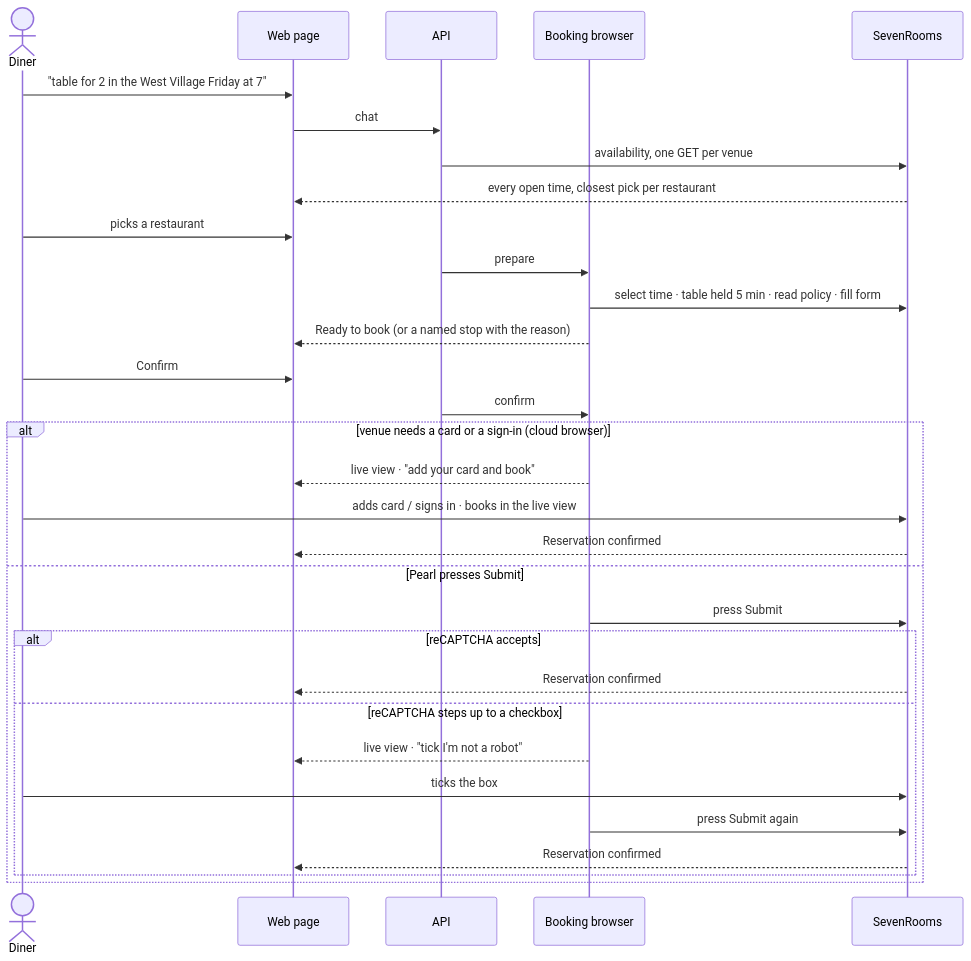
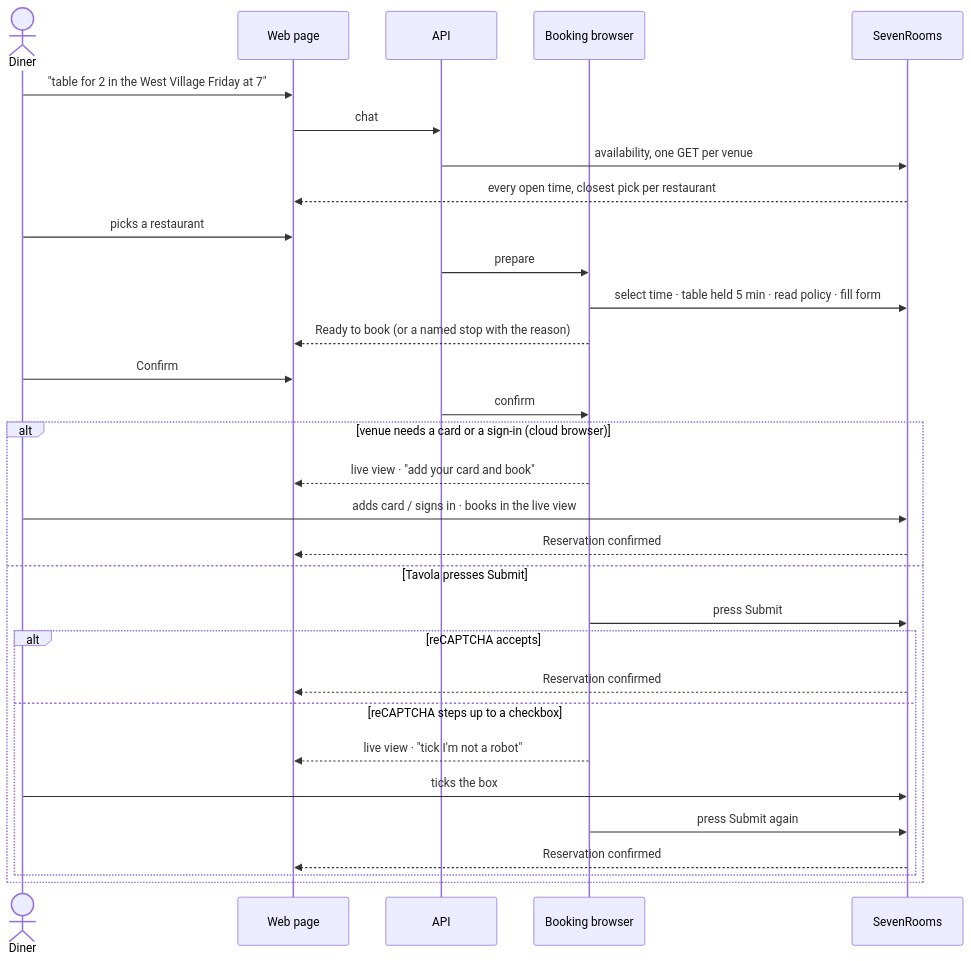
The second of 7 diagrams in ARCHITECTURE.md (Dileep2896/pearl-table-concierge), drawn with Mermaid before and after one commit. The commit also changed other lines of this file and 36 other files, not shown here.

First line of the commit message:
Rename the product from Pearl to Tavola

````diff
--- a/ARCHITECTURE.md
+++ b/ARCHITECTURE.md
@@ -34,34 +34,34 @@
 ```mermaid
 sequenceDiagram
   actor Diner
   participant UI as Web page
   participant API as API
   participant B as Booking browser
   participant SR as SevenRooms
 
   Diner->>UI: "table for 2 in the West Village Friday at 7"
   UI->>API: chat
   API->>SR: availability, one GET per venue
   SR-->>UI: every open time, closest pick per restaurant
   Diner->>UI: picks a restaurant
   API->>B: prepare
   B->>SR: select time · table held 5 min · read policy · fill form
   B-->>UI: Ready to book (or a named stop with the reason)
   Diner->>UI: Confirm
   API->>B: confirm
   alt venue needs a card or a sign-in (cloud browser)
     B-->>UI: live view · "add your card and book"
     Diner->>SR: adds card / signs in · books in the live view
     SR-->>UI: Reservation confirmed
-  else Pearl presses Submit
+  else Tavola presses Submit
     B->>SR: press Submit
     alt reCAPTCHA accepts
       SR-->>UI: Reservation confirmed
     else reCAPTCHA steps up to a checkbox
       B-->>UI: live view · "tick I'm not a robot"
       Diner->>SR: ticks the box
       B->>SR: press Submit again
       SR-->>UI: Reservation confirmed
     end
   end
 ```
````
